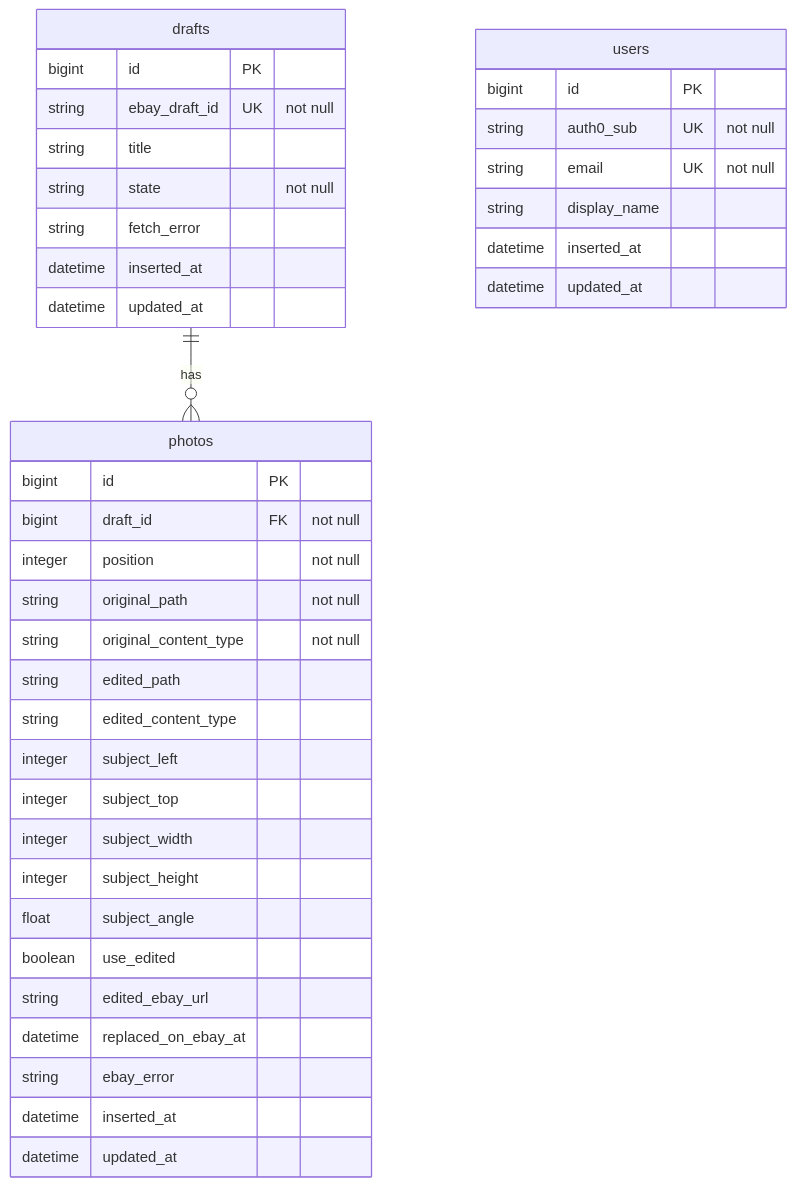
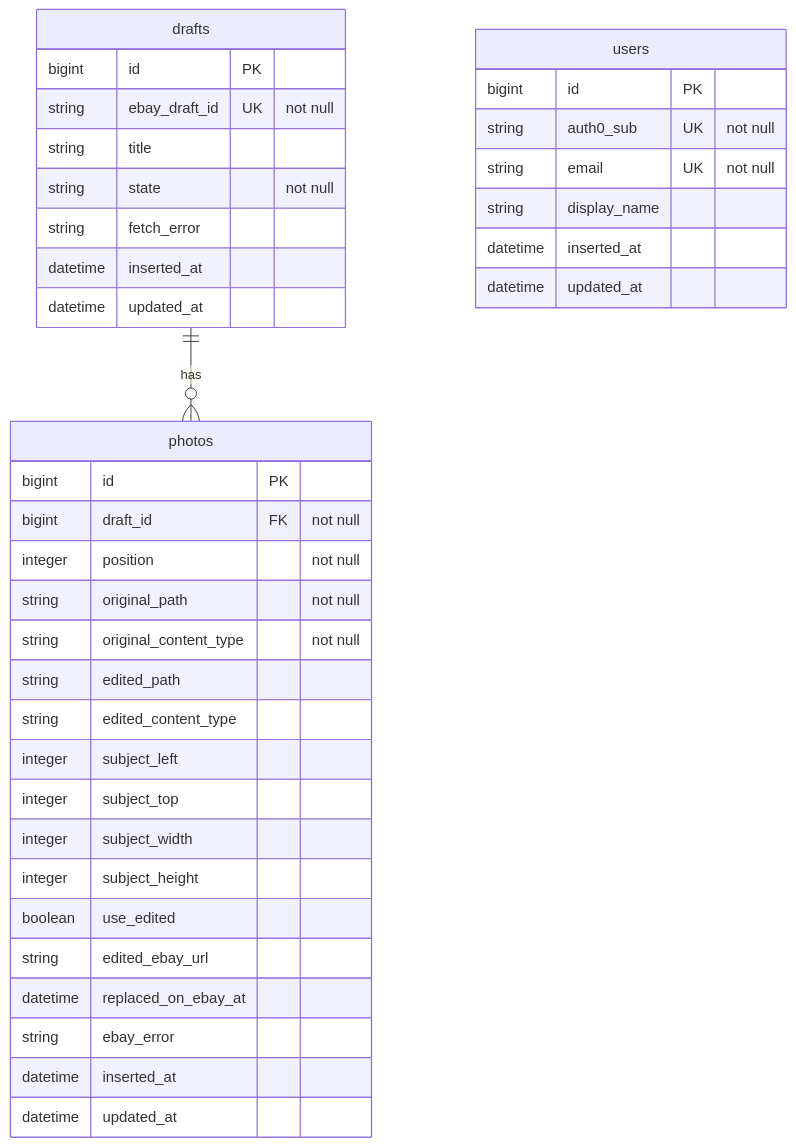
Before and after one commit to dewetblomerus/flipper: the diagram in docs/erd.md, drawn with Mermaid. The commit also changed other lines of this file and 14 other files, not shown here.

````diff
--- a/docs/erd.md
+++ b/docs/erd.md
@@ -7,44 +7,43 @@
 ```mermaid
 erDiagram
     drafts ||--o{ photos : has
 
     users {
         bigint id PK
         string auth0_sub UK "not null"
         string email UK "not null"
         string display_name
         datetime inserted_at
         datetime updated_at
     }
 
     drafts {
         bigint id PK
         string ebay_draft_id UK "not null"
         string title
         string state "not null"
         string fetch_error
         datetime inserted_at
         datetime updated_at
     }
 
     photos {
         bigint id PK
         bigint draft_id FK "not null"
         integer position "not null"
         string original_path "not null"
         string original_content_type "not null"
         string edited_path
         string edited_content_type
         integer subject_left
         integer subject_top
         integer subject_width
         integer subject_height
-        float subject_angle
         boolean use_edited
         string edited_ebay_url
         datetime replaced_on_ebay_at
         string ebay_error
         datetime inserted_at
         datetime updated_at
     }
 ```
````
